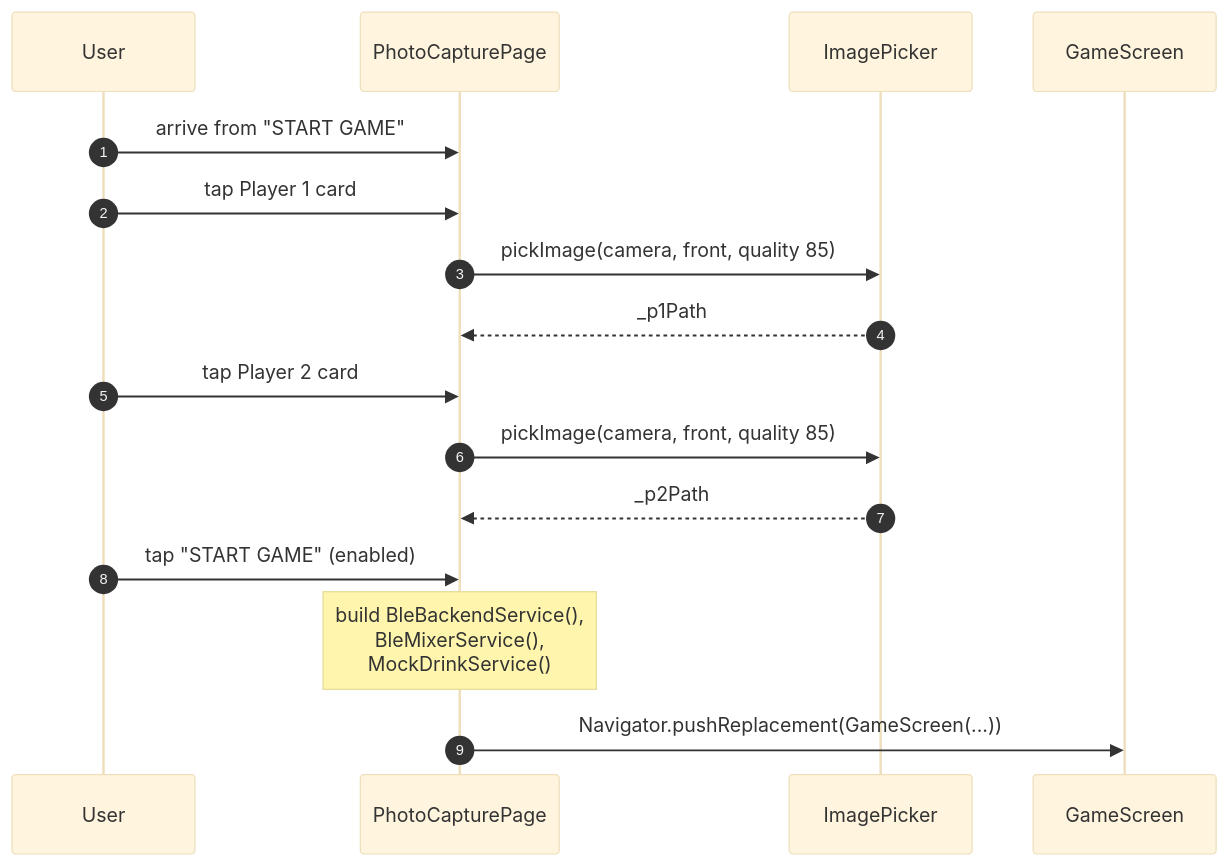
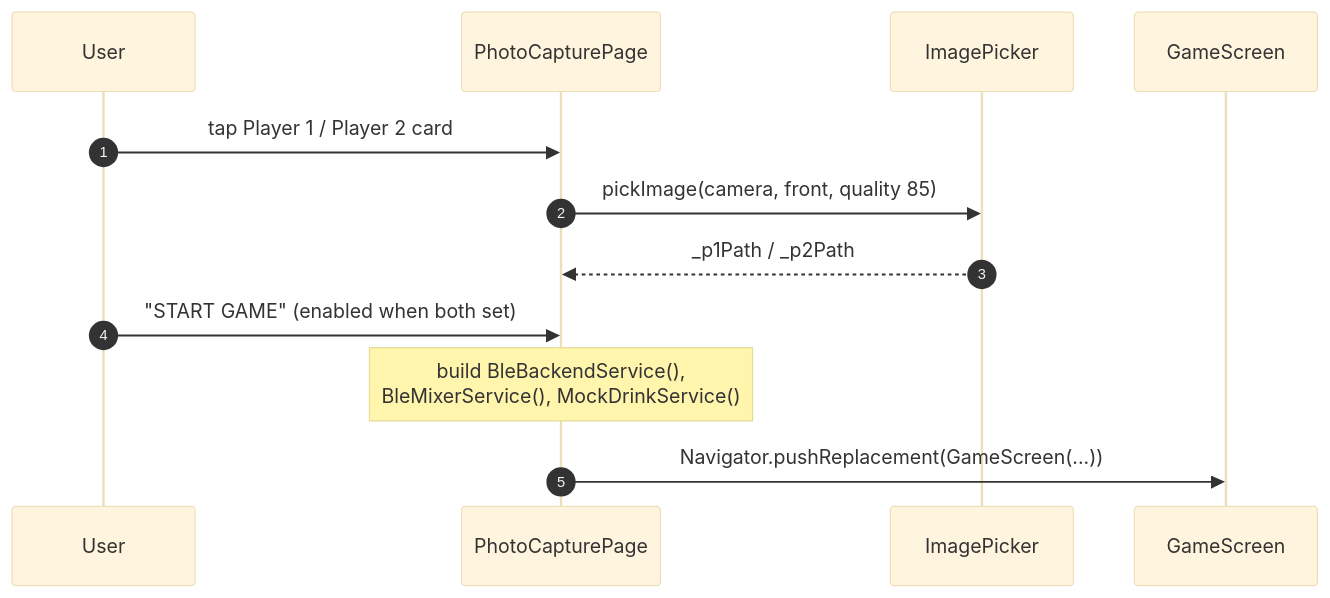
One commit to Hubert005/IoT_Projekt changed the fifth of 9 diagrams in docs/frontend/sequence-diagrams.md. Above: the diagram before and after it, drawn with Mermaid (base theme). The commit also changed other lines of this file and 19 other files, not shown here.

````diff
--- a/docs/frontend/sequence-diagrams.md
+++ b/docs/frontend/sequence-diagrams.md
@@ -66,18 +93,14 @@
 ```mermaid
 sequenceDiagram
     autonumber
     participant U as User
     participant PC as PhotoCapturePage
     participant IP as ImagePicker
     participant Game as GameScreen
-    U->>PC: arrive from "START GAME"
-    U->>PC: tap Player 1 card
+    U->>PC: tap Player 1 / Player 2 card
     PC->>IP: pickImage(camera, front, quality 85)
-    IP-->>PC: _p1Path
-    U->>PC: tap Player 2 card
-    PC->>IP: pickImage(camera, front, quality 85)
-    IP-->>PC: _p2Path
-    U->>PC: tap "START GAME" (enabled)
-    Note over PC: build BleBackendService(),<br/>BleMixerService(),<br/>MockDrinkService()
+    IP-->>PC: _p1Path / _p2Path
+    U->>PC: "START GAME" (enabled when both set)
+    Note over PC: build BleBackendService(),<br/>BleMixerService(), MockDrinkService()
     PC->>Game: Navigator.pushReplacement(GameScreen(...))
 ```
````
